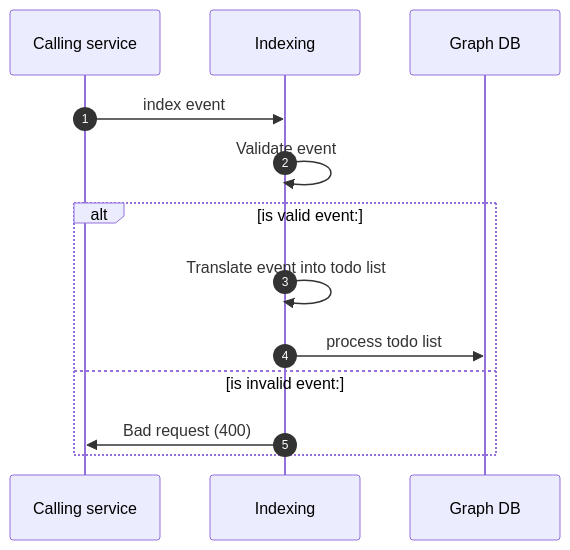
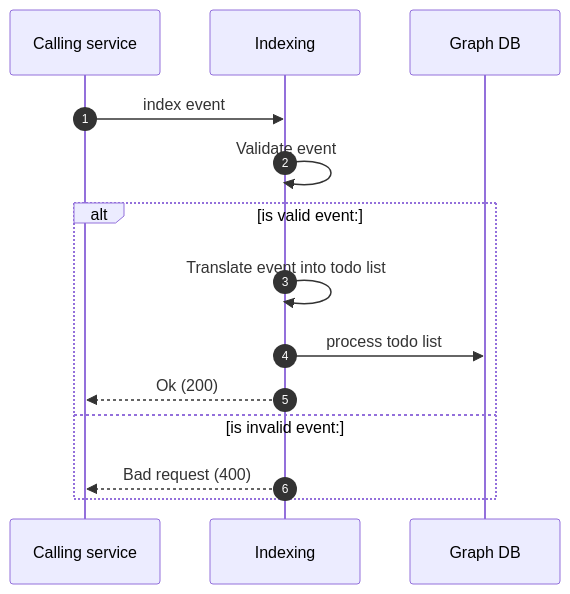
Before and after one commit to HumanBrainProject/kg-core: the diagram in services/kg-indexing/src/main/java/eu/ebrains/kg/indexing/api/indexing.md, drawn with Mermaid. The commit also changed 4 other files, not shown here.

Commit message:
fix sequence diagrams

````diff
--- a/services/kg-indexing/src/main/java/eu/ebrains/kg/indexing/api/indexing.md
+++ b/services/kg-indexing/src/main/java/eu/ebrains/kg/indexing/api/indexing.md
@@ -5,12 +5,13 @@
 ```mermaid
 sequenceDiagram   
   autonumber
   Calling service ->> Indexing: index event
   Indexing ->> Indexing: Validate event
   alt is valid event:
       Indexing ->> Indexing: Translate event into todo list 
       Indexing ->> Graph DB: process todo list
+    Indexing -->> Calling service: Ok (200)
   else is invalid event:
-    Indexing ->> Calling service: Bad request (400)
+    Indexing -->> Calling service: Bad request (400)
   end
 ```
````
